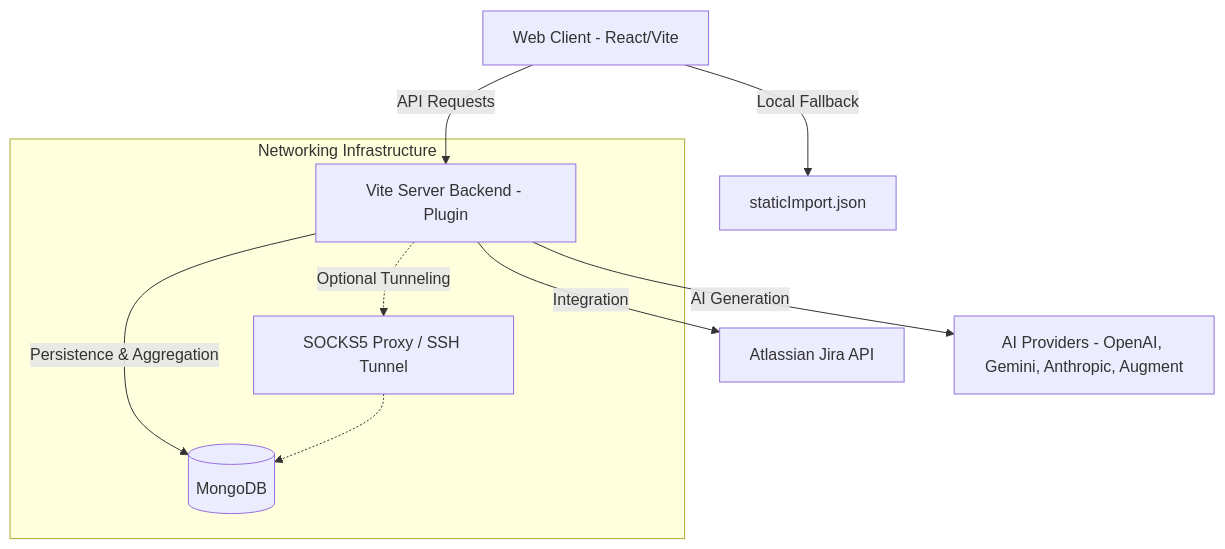
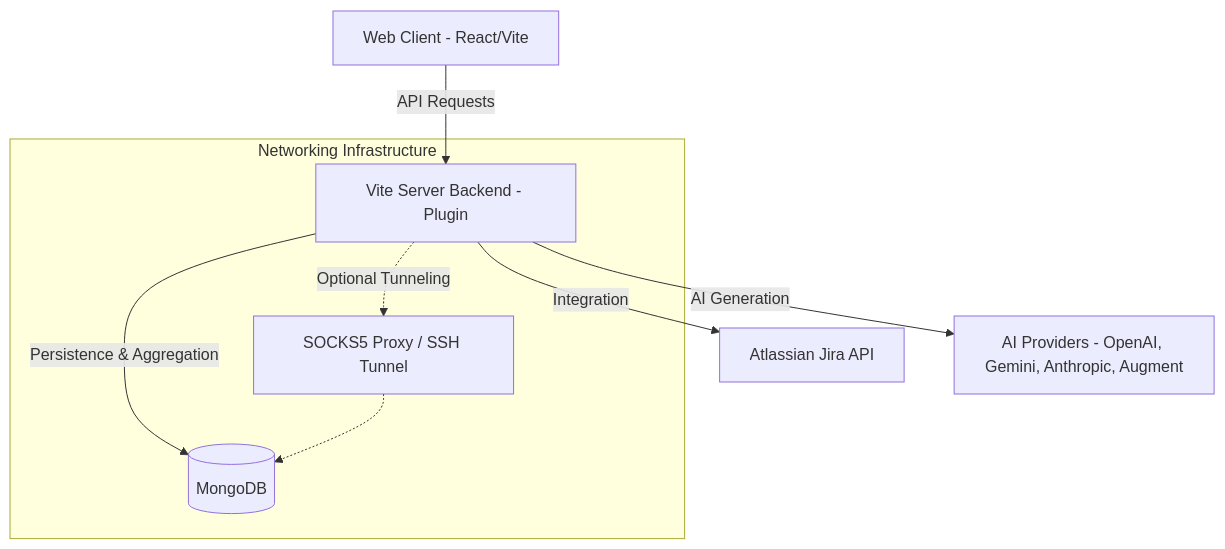
Before and after one commit to AlesKracik/ValueStream-DependencyTree: the first of 5 diagrams in doc/ARCHITECTURE.md, drawn with Mermaid. The commit also changed other lines of this file and 5 other files, not shown here.

First line of the commit message:
feat: decommission staticImport.json and rename export file

````diff
--- a/doc/ARCHITECTURE.md
+++ b/doc/ARCHITECTURE.md
@@ -8,20 +8,19 @@
 ```mermaid
 graph TD
     Client[Web Client - React/Vite]
     Backend[Vite Server Backend - Plugin]
     Mongo[(MongoDB)]
     Jira[Atlassian Jira API]
     AI[AI Providers - OpenAI, Gemini, Anthropic, Augment]
 
     Client -->|API Requests| Backend
     Backend -->|Persistence & Aggregation| Mongo
     Backend -->|Integration| Jira
     Backend -->|AI Generation| AI
-    Client -->|Local Fallback| Static[staticImport.json]
     
     subgraph "Networking Infrastructure"
         Proxy[SOCKS5 Proxy / SSH Tunnel]
         Backend -.->|Optional Tunneling| Proxy
         Proxy -.-> Mongo
     end
 ```
````
